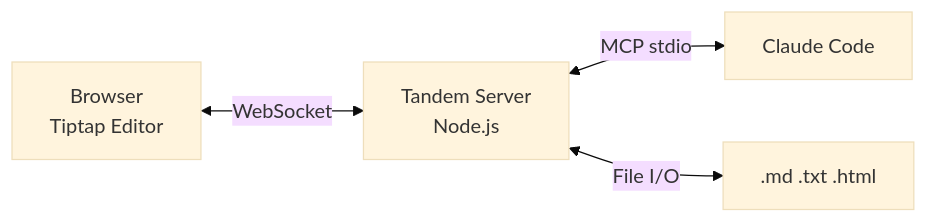
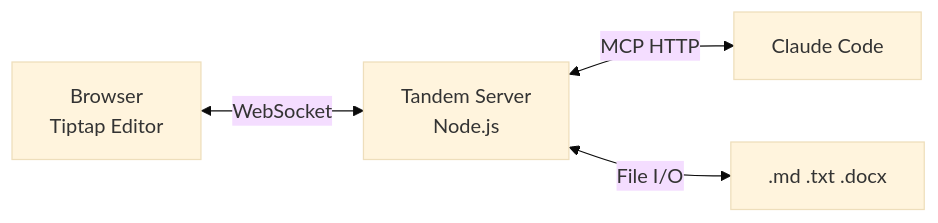
The diagram in README.md (bloknayrb/tandem), drawn with Mermaid (base theme) before and after one commit. The commit also changed other lines of this file and 2 other files, not shown here.

First line of the commit message:
docs: update README, lessons, and ADRs for HTTP transport migration

````diff
--- a/README.md
+++ b/README.md
@@ -5,6 +5,6 @@
 ```mermaid
 graph LR
     Browser["Browser<br/>Tiptap Editor"] <-->|WebSocket| Server["Tandem Server<br/>Node.js"]
-    Server <-->|MCP stdio| Claude["Claude Code"]
-    Server <-->|File I/O| Files[".md .txt .html"]
+    Server <-->|MCP HTTP| Claude["Claude Code"]
+    Server <-->|File I/O| Files[".md .txt .docx"]
 ```
````
